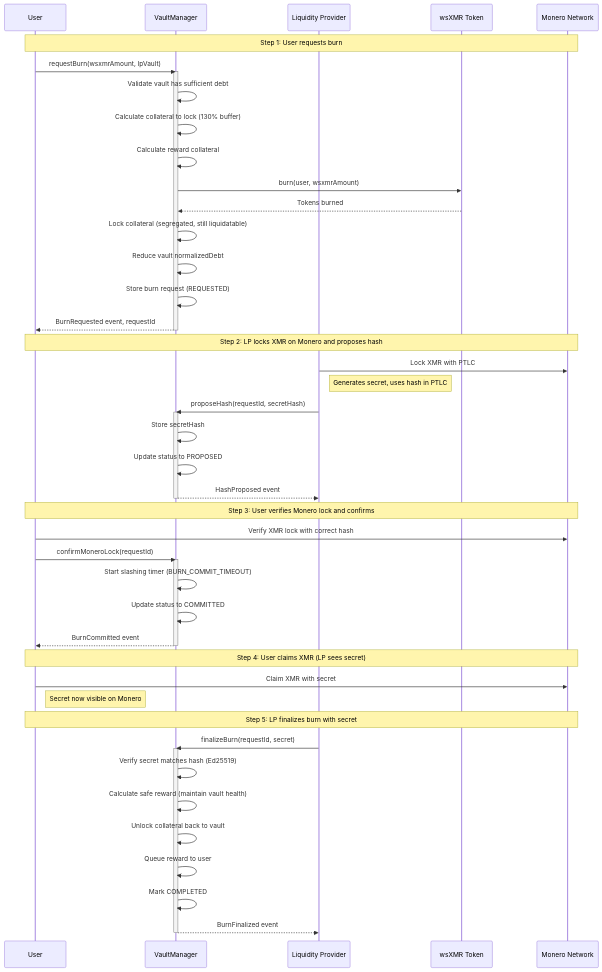
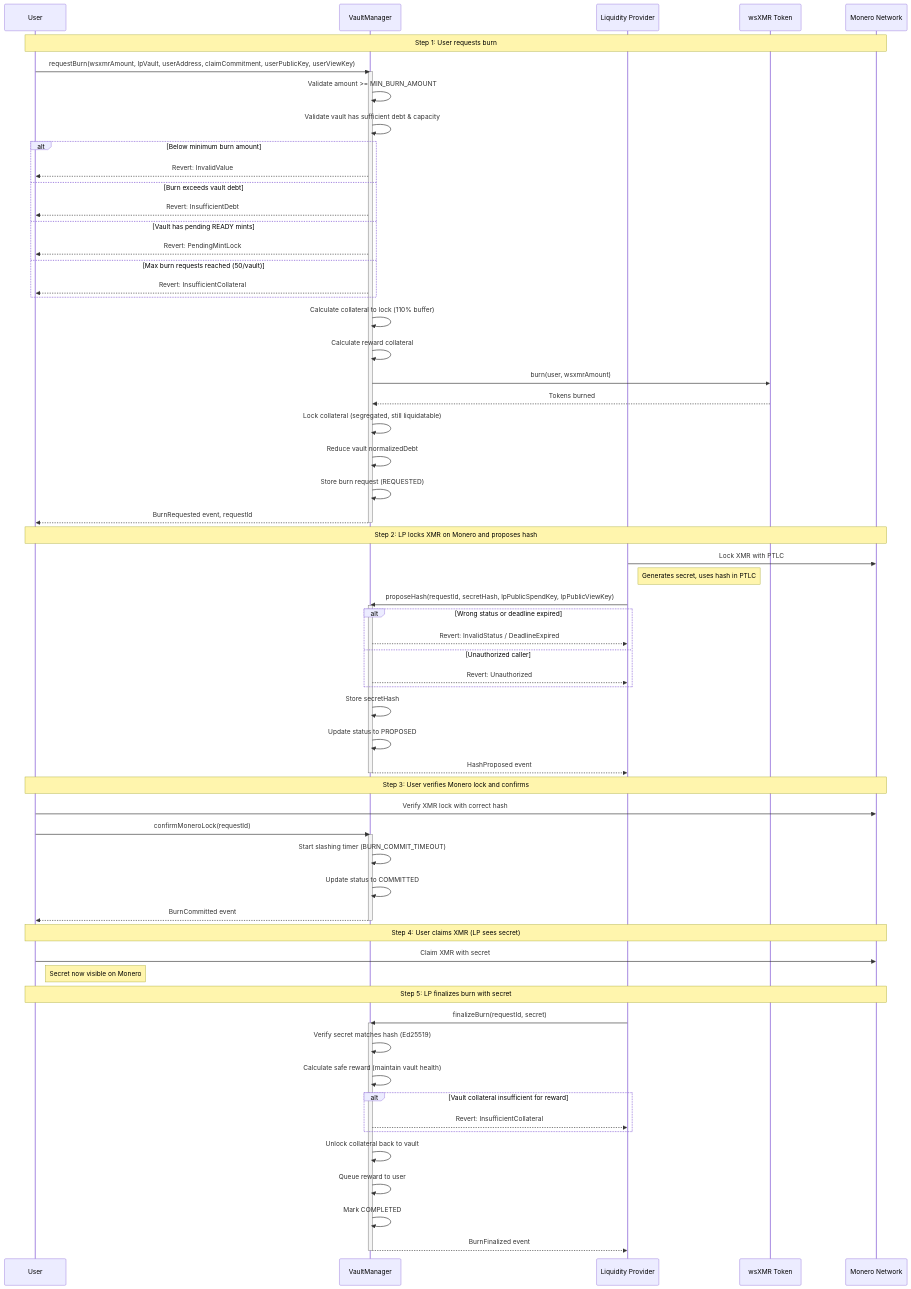
Before and after one commit to madschristensen99/wrapsynth: diagram 11 of 19 in docs/sequenceDiagrams.md, drawn with Mermaid. The commit also changed other lines of this file and 32 other files, not shown here.

````diff
--- a/docs/sequenceDiagrams.md
+++ b/docs/sequenceDiagrams.md
@@ -433,56 +525,74 @@
 ```mermaid
 sequenceDiagram
     participant User
     participant VM as VaultManager
     participant LP as Liquidity Provider
     participant Token as wsXMR Token
     participant Monero as Monero Network
 
     Note over User,Monero: Step 1: User requests burn
-    User->>VM: requestBurn(wsxmrAmount, lpVault)
+    User->>VM: requestBurn(wsxmrAmount, lpVault, userAddress, claimCommitment, userPublicKey, userViewKey)
     activate VM
-    VM->>VM: Validate vault has sufficient debt
-    VM->>VM: Calculate collateral to lock (130% buffer)
+    VM->>VM: Validate amount >= MIN_BURN_AMOUNT
+    VM->>VM: Validate vault has sufficient debt & capacity
+    alt Below minimum burn amount
+        VM-->>User: Revert: InvalidValue
+    else Burn exceeds vault debt
+        VM-->>User: Revert: InsufficientDebt
+    else Vault has pending READY mints
+        VM-->>User: Revert: PendingMintLock
+    else Max burn requests reached (50/vault)
+        VM-->>User: Revert: InsufficientCollateral
+    end
+    VM->>VM: Calculate collateral to lock (110% buffer)
     VM->>VM: Calculate reward collateral
     VM->>Token: burn(user, wsxmrAmount)
     Token-->>VM: Tokens burned
     VM->>VM: Lock collateral (segregated, still liquidatable)
     VM->>VM: Reduce vault normalizedDebt
     VM->>VM: Store burn request (REQUESTED)
     VM-->>User: BurnRequested event, requestId
     deactivate VM
 
     Note over User,Monero: Step 2: LP locks XMR on Monero and proposes hash
     LP->>Monero: Lock XMR with PTLC
     Note right of LP: Generates secret, uses hash in PTLC
-    LP->>VM: proposeHash(requestId, secretHash)
+    LP->>VM: proposeHash(requestId, secretHash, lpPublicSpendKey, lpPublicViewKey)
     activate VM
+    alt Wrong status or deadline expired
+        VM-->>LP: Revert: InvalidStatus / DeadlineExpired
+    else Unauthorized caller
+        VM-->>LP: Revert: Unauthorized
+    end
     VM->>VM: Store secretHash
     VM->>VM: Update status to PROPOSED
     VM-->>LP: HashProposed event
     deactivate VM
 
     Note over User,Monero: Step 3: User verifies Monero lock and confirms
     User->>Monero: Verify XMR lock with correct hash
     User->>VM: confirmMoneroLock(requestId)
     activate VM
     VM->>VM: Start slashing timer (BURN_COMMIT_TIMEOUT)
     VM->>VM: Update status to COMMITTED
     VM-->>User: BurnCommitted event
     deactivate VM
 
     Note over User,Monero: Step 4: User claims XMR (LP sees secret)
     User->>Monero: Claim XMR with secret
     Note right of User: Secret now visible on Monero
 
     Note over User,Monero: Step 5: LP finalizes burn with secret
     LP->>VM: finalizeBurn(requestId, secret)
     activate VM
     VM->>VM: Verify secret matches hash (Ed25519)
     VM->>VM: Calculate safe reward (maintain vault health)
+    alt Vault collateral insufficient for reward
+        VM-->>LP: Revert: InsufficientCollateral
+    end
     VM->>VM: Unlock collateral back to vault
     VM->>VM: Queue reward to user
     VM->>VM: Mark COMPLETED
     VM-->>LP: BurnFinalized event
     deactivate VM
 ```
````
